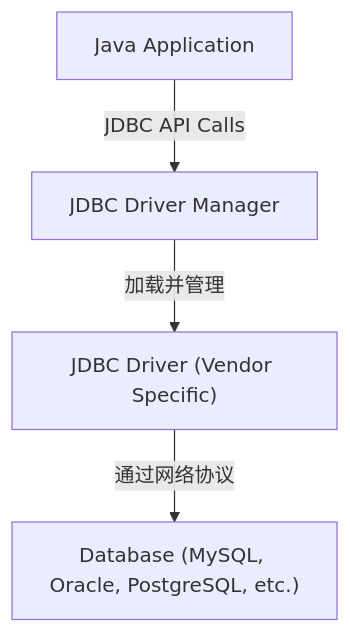
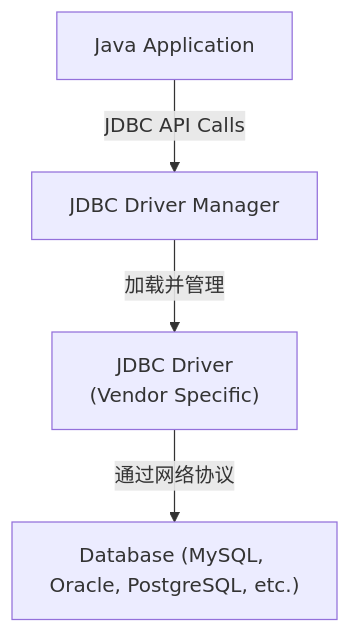
One commit to teatang/t-blog changed the diagram in source/_posts/2024/2024-01-20_JDBC (Java Database Connectivity) 详解.md. Above: the diagram before and after it, drawn with Mermaid. The commit also changed 1 other file, not shown here.

Commit message:
update blog

```diff
--- a/source/_posts/2024/2024-01-20_JDBC (Java Database Connectivity) 详解.md
+++ b/source/_posts/2024/2024-01-20_JDBC (Java Database Connectivity) 详解.md
@@ -38,6 +38,6 @@
 {% mermaid %}
 graph TD
     A[Java Application] -->|JDBC API Calls| B[JDBC Driver Manager]
-    B -->|加载并管理| C["JDBC Driver (Vendor Specific)"]
-    C -->|通过网络协议| D["Database (MySQL, Oracle, PostgreSQL, etc.)"]
+    B -->|加载并管理| C["JDBC Driver <br>(Vendor Specific)"]
+    C -->|通过网络协议| D["Database (MySQL, <br>Oracle, PostgreSQL, etc.)"]
 {% endmermaid %}
```
